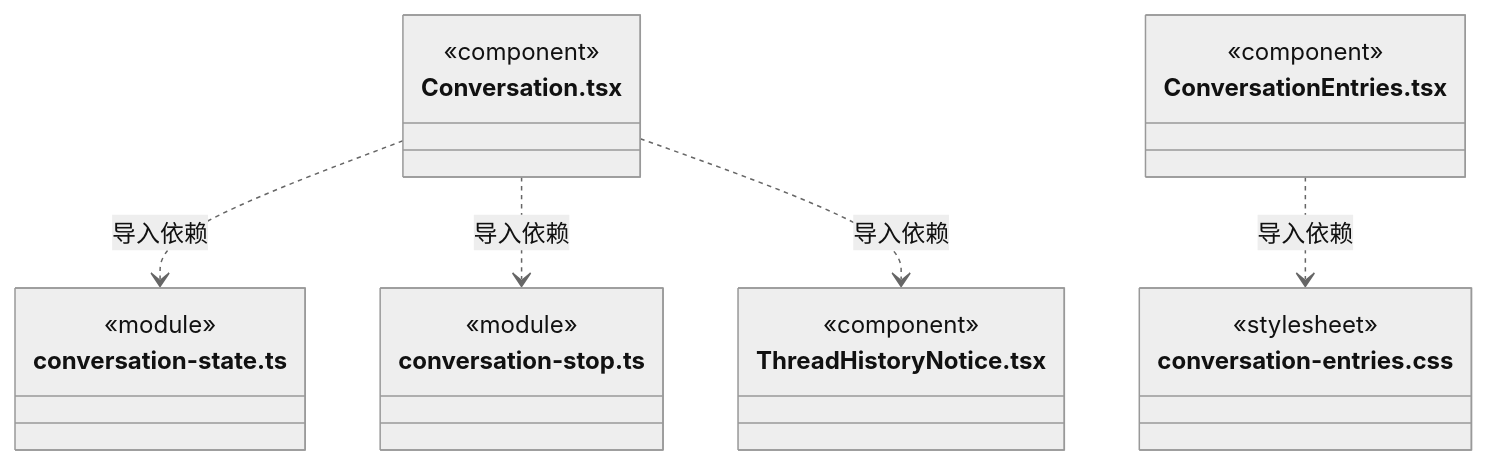
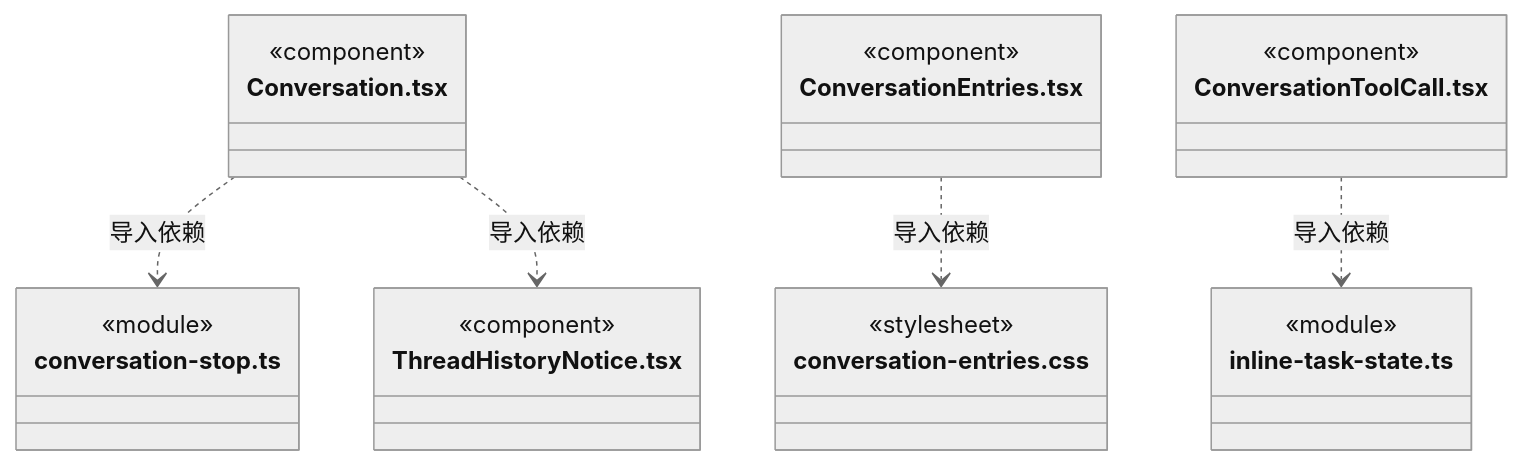
Diagram 46 of 51 in src/view/conversation/ARCHITECTURE.md (nan023062/cbim), drawn with Mermaid (neutral theme) before and after one commit. The commit also changed other lines of this file and 29 other files, not shown here.

````diff
--- a/src/view/conversation/ARCHITECTURE.md
+++ b/src/view/conversation/ARCHITECTURE.md
@@ -745,25 +715,28 @@
 ```mermaid
 classDiagram
 class N_src_view_conversation_Conversation_tsx["Conversation.tsx"] {
   <<component>>
-}
-class N_src_view_conversation_conversation_state_ts["conversation-state.ts"] {
-  <<module>>
 }
 class N_src_view_conversation_conversation_stop_ts["conversation-stop.ts"] {
   <<module>>
 }
 class N_src_view_conversation_ThreadHistoryNotice_tsx["ThreadHistoryNotice.tsx"] {
   <<component>>
 }
 class N_src_view_conversation_ConversationEntries_tsx["ConversationEntries.tsx"] {
   <<component>>
 }
 class N_src_view_conversation_conversation_entries_css["conversation-entries.css"] {
   <<stylesheet>>
 }
-N_src_view_conversation_Conversation_tsx ..> N_src_view_conversation_conversation_state_ts : 导入依赖
+class N_src_view_conversation_ConversationToolCall_tsx["ConversationToolCall.tsx"] {
+  <<component>>
+}
+class N_src_view_conversation_inline_task_state_ts["inline-task-state.ts"] {
+  <<module>>
+}
 N_src_view_conversation_Conversation_tsx ..> N_src_view_conversation_conversation_stop_ts : 导入依赖
 N_src_view_conversation_Conversation_tsx ..> N_src_view_conversation_ThreadHistoryNotice_tsx : 导入依赖
 N_src_view_conversation_ConversationEntries_tsx ..> N_src_view_conversation_conversation_entries_css : 导入依赖
+N_src_view_conversation_ConversationToolCall_tsx ..> N_src_view_conversation_inline_task_state_ts : 导入依赖
 ```
````
